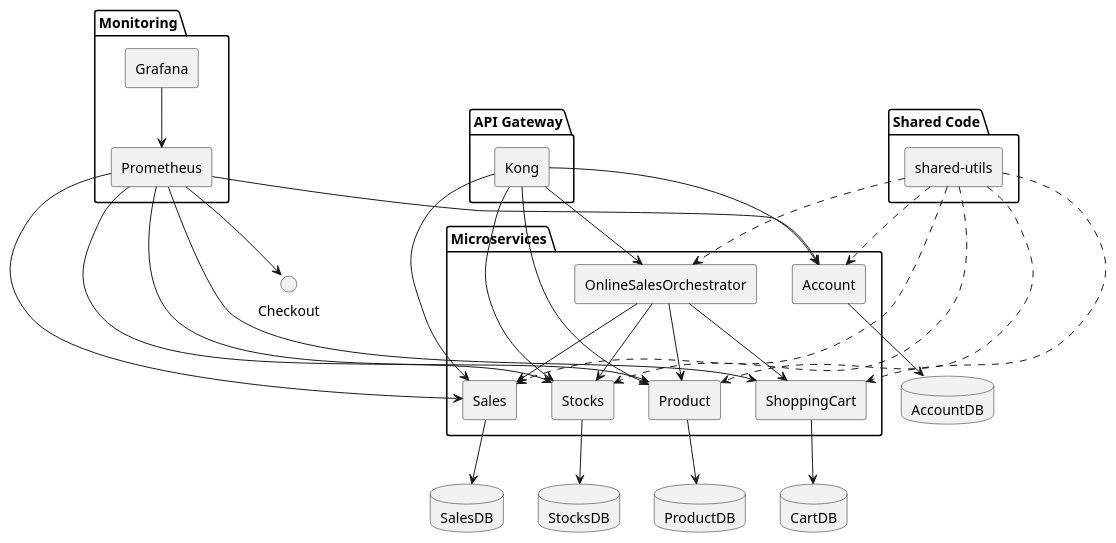
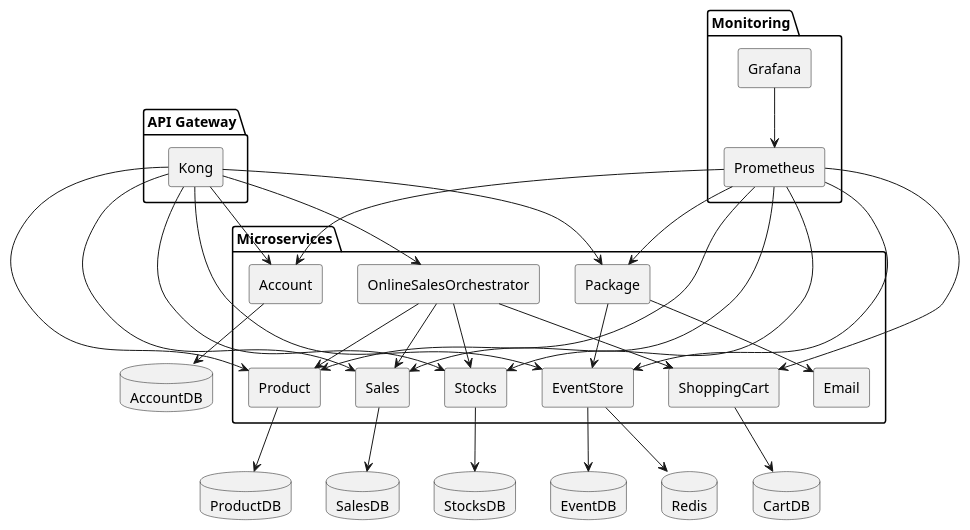
The diagram in docs/UML/component.puml (ThePhobosDeimosSuite/laboratoire-0_log430), drawn with PlantUML before and after one commit. The commit also changed 13 other files, not shown here.

```diff
--- a/docs/UML/component.puml
+++ b/docs/UML/component.puml
@@ -1,69 +1,71 @@
 @startuml component
 skinparam componentStyle rectangle
 skinparam defaultTextAlignment center
 
 package "API Gateway" {
   [Kong]
 }
 
 package "Monitoring" {
   [Prometheus]
   [Grafana]
 }
 
-package "Shared Code" {
-  [shared-utils] as SharedUtils
-}
-
 
 package "Microservices" {
   component Product
   component Sales
   component Stocks
   component Account
   component ShoppingCart
   component OnlineSalesOrchestrator
+  component EventStore
+  component Package as p
+  component Email
 }
 
 database "ProductDB" as dbProduct
 database "SalesDB" as dbSales
 database "StocksDB" as dbStocks
 database "AccountDB" as dbAccount
 database "CartDB" as dbCart
+database "EventDB" as dbEvent
+database "Redis" as redis
 
 
 Kong --> Product
 Kong --> Sales
 Kong --> Stocks
 Kong --> Account
 Kong --> OnlineSalesOrchestrator
+Kong --> EventStore
+Kong --> p
 
-SharedUtils ..> Product
-SharedUtils ..> Sales
-SharedUtils ..> Stocks
-SharedUtils ..> Account
-SharedUtils ..> ShoppingCart
-SharedUtils ..> OnlineSalesOrchestrator
+p --> Email
+p --> EventStore
 
 Product --> dbProduct
 Sales --> dbSales
 Stocks --> dbStocks
 Account --> dbAccount
 ShoppingCart --> dbCart
+EventStore --> dbEvent
+EventStore --> redis
 
 
 OnlineSalesOrchestrator --> Product
 OnlineSalesOrchestrator --> Sales
 OnlineSalesOrchestrator --> Stocks
 OnlineSalesOrchestrator --> ShoppingCart
 
 Prometheus --> Product
 Prometheus --> Sales
 Prometheus --> Stocks
 Prometheus --> Account
 Prometheus --> ShoppingCart
-Prometheus --> Checkout
+Prometheus --> p
+Prometheus --> EventStore
 
 Grafana --> Prometheus
 
 @enduml
```
